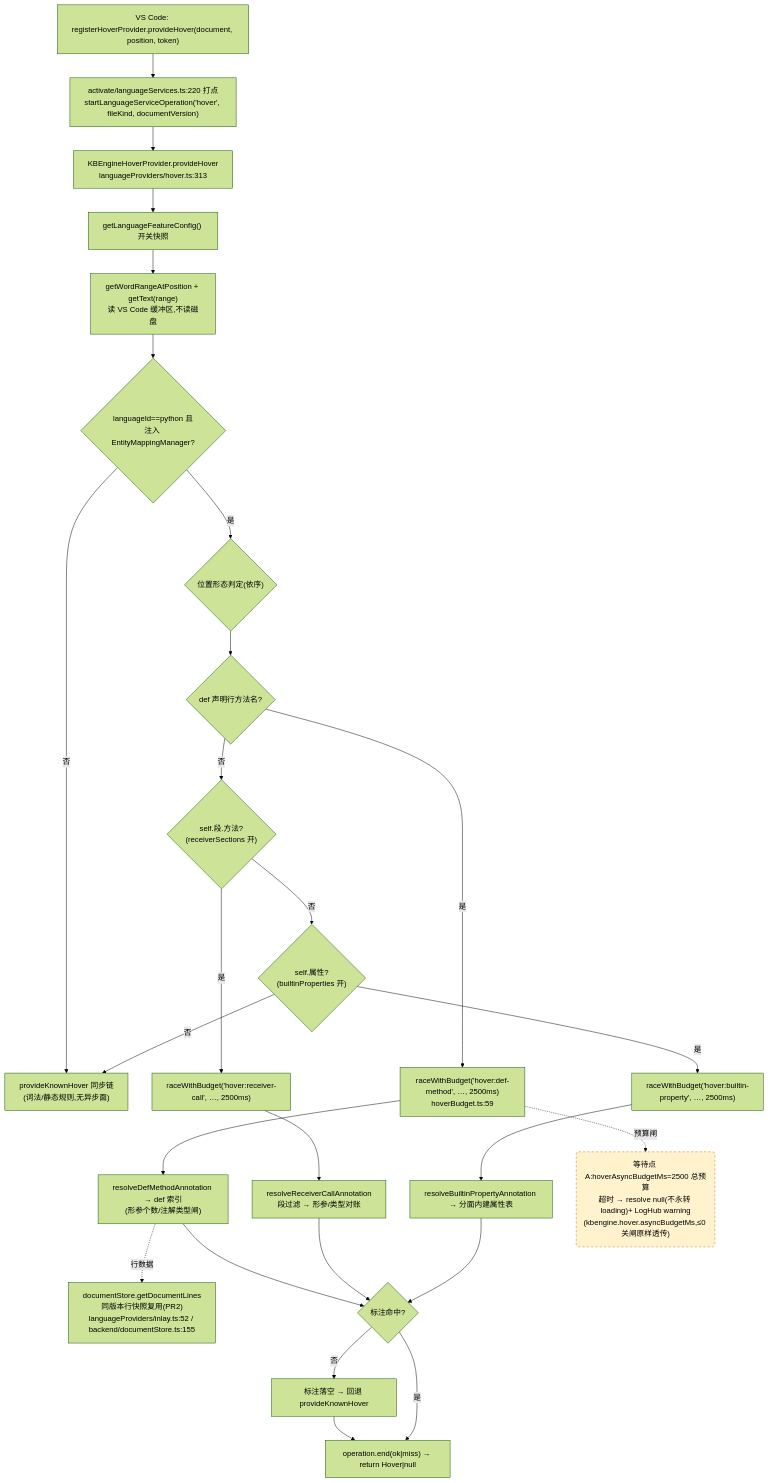
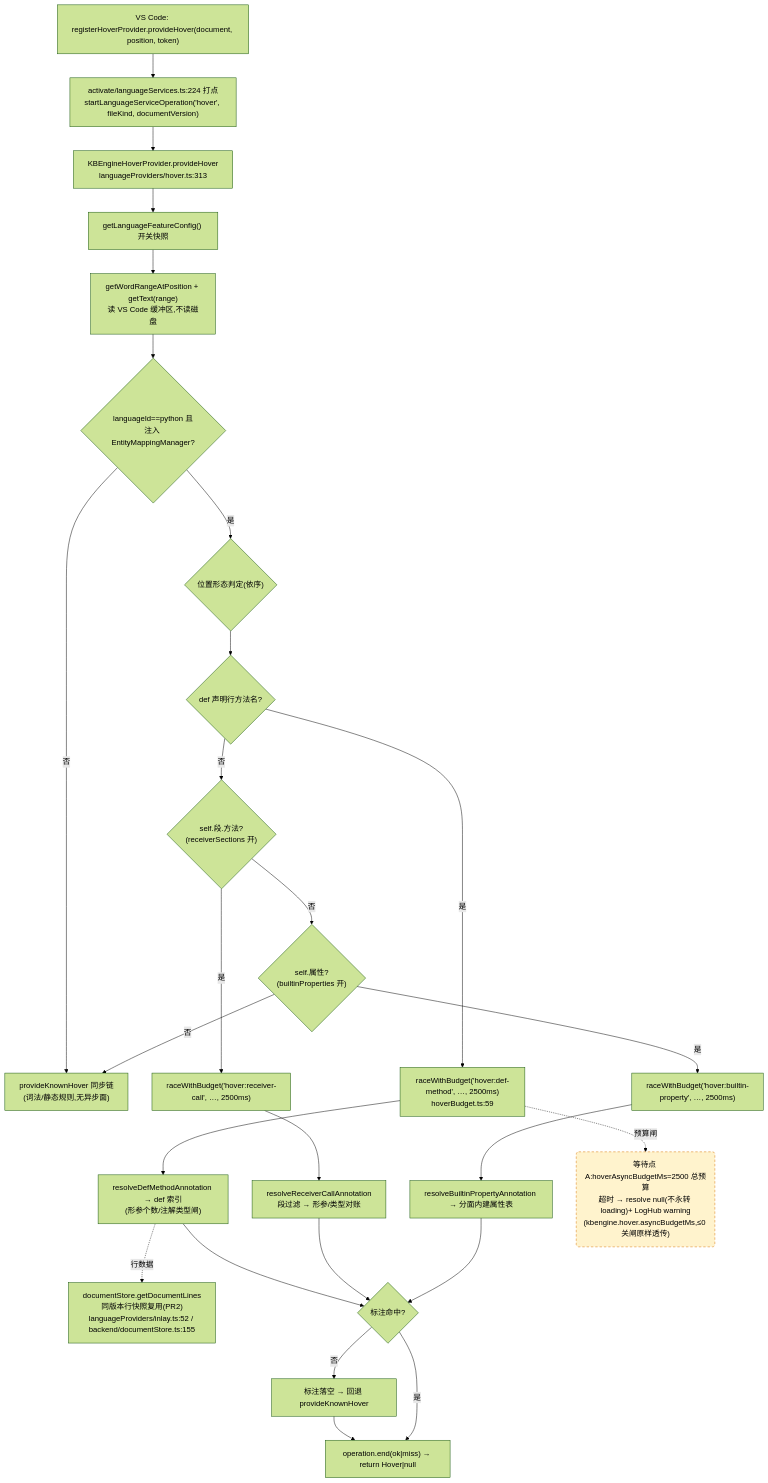
The first of 4 diagrams in docs/perf/2026-baseline.md (cuihairu/kode), drawn with Mermaid (forest theme) before and after one commit. The commit also changed other lines of this file and 27 other files, not shown here.

````diff
--- a/docs/perf/2026-baseline.md
+++ b/docs/perf/2026-baseline.md
@@ -100,45 +100,45 @@
 ```mermaid
 flowchart TD
   VC1["VS Code: registerHoverProvider.provideHover(document, position, token)"]
-  M1["activate/languageServices.ts:220 打点<br/>startLanguageServiceOperation('hover', fileKind, documentVersion)"]
+  M1["activate/languageServices.ts:224 打点<br/>startLanguageServiceOperation('hover', fileKind, documentVersion)"]
   HP["KBEngineHoverProvider.provideHover<br/>languageProviders/hover.ts:313"]
   CFG["getLanguageFeatureConfig() 开关快照"]
   WORD["getWordRangeAtPosition + getText(range)<br/>读 VS Code 缓冲区,不读磁盘"]
   BR{"languageId==python 且<br/>注入 EntityMappingManager?"}
   KN["provideKnownHover 同步链<br/>(词法/静态规则,无异步面)"]
   POS{"位置形态判定(依序)"}
   D1{"def 声明行方法名?"}
   D2{"self.段.方法?<br/>(receiverSections 开)"}
   D3{"self.属性?<br/>(builtinProperties 开)"}
   RA1["raceWithBudget('hover:def-method', …, 2500ms)<br/>hoverBudget.ts:59"]
   RA2["raceWithBudget('hover:receiver-call', …, 2500ms)"]
   RA3["raceWithBudget('hover:builtin-property', …, 2500ms)"]
   RS1["resolveDefMethodAnnotation → def 索引<br/>(形参个数/注解类型闸)"]
   RS2["resolveReceiverCallAnnotation<br/>段过滤 → 形参/类型对账"]
   RS3["resolveBuiltinPropertyAnnotation → 分面内建属性表"]
   LINES["documentStore.getDocumentLines<br/>同版本行快照复用(PR2)<br/>languageProviders/inlay.ts:52 / backend/documentStore.ts:155"]
   MISS["标注落空 → 回退 provideKnownHover"]
   END1["operation.end(ok|miss) → return Hover|null"]
 
   VC1 --> M1 --> HP --> CFG --> WORD --> BR
   BR -- "否" --> KN
   BR -- "是" --> POS --> D1
   D1 -- "是" --> RA1 --> RS1
   D1 -- "否" --> D2
   D2 -- "是" --> RA2 --> RS2
   D2 -- "否" --> D3
   D3 -- "是" --> RA3 --> RS3
   D3 -- "否" --> KN
   RS1 --> HIT{"标注命中?"}
   RS2 --> HIT
   RS3 --> HIT
   RS1 -.->|行数据| LINES
   HIT -- "否" --> MISS --> END1
   HIT -- "是" --> END1
 
   WAITA("等待点 A:hoverAsyncBudgetMs=2500 总预算<br/>超时 → resolve null(不永转 loading)+ LogHub warning<br/>(kbengine.hover.asyncBudgetMs,≤0 关闸原样透传)")
   RA1 -.->|预算闸| WAITA
 
   classDef waitPoint fill:#fff3cd,stroke:#d97706,stroke-dasharray:5 4;
   class WAITA waitPoint;
 ```
````
